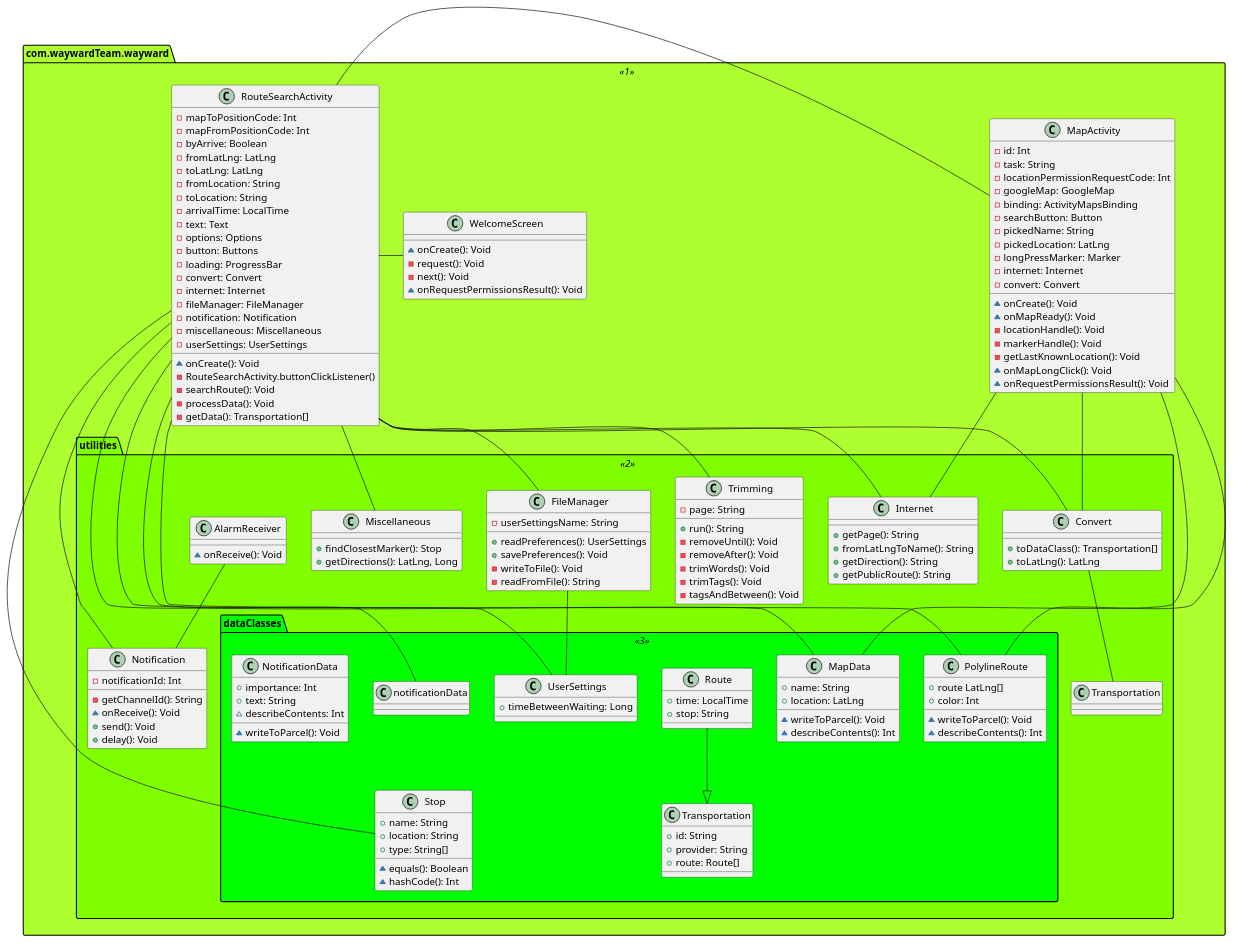
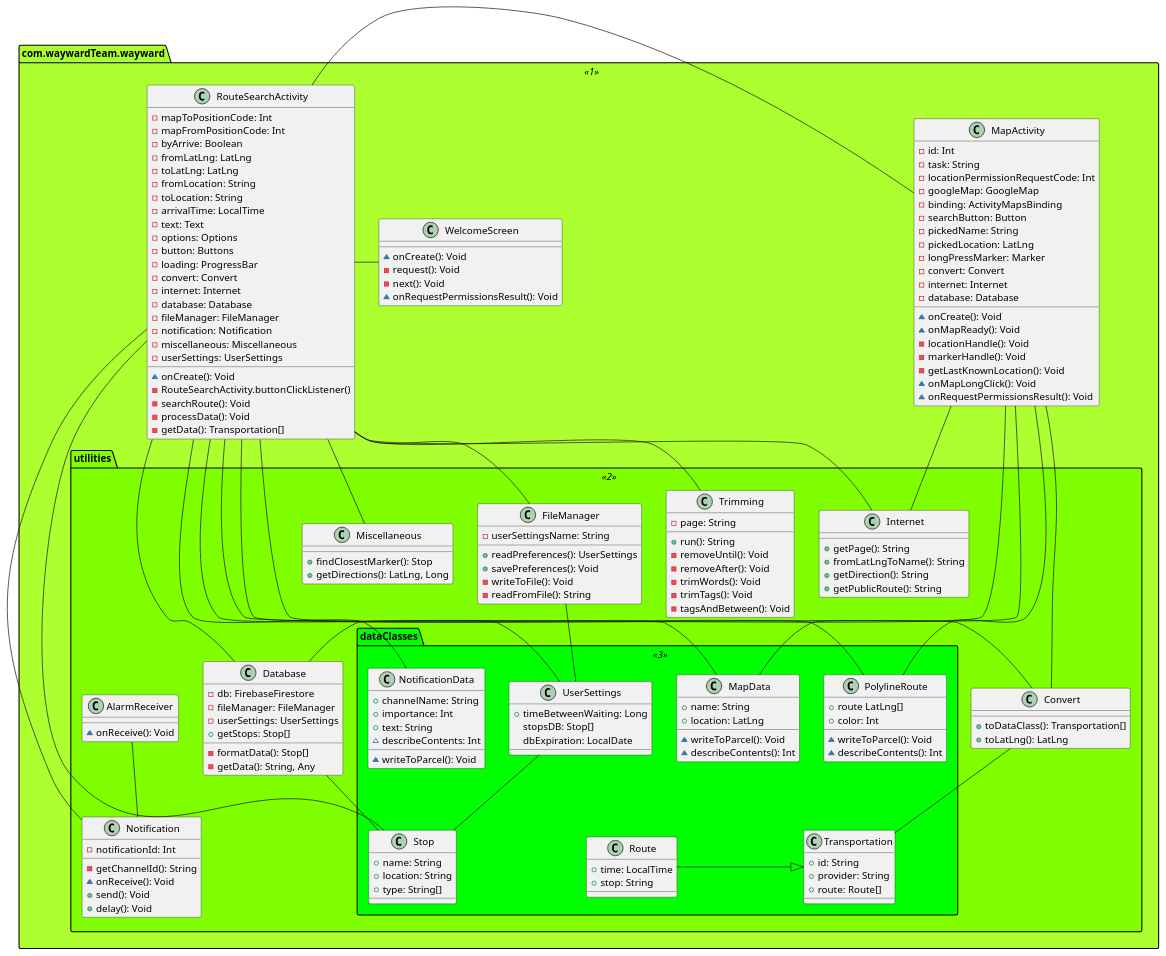
Before and after one commit to FoxThePrezident/WayThere: the diagram in assets/classDiagram.puml, drawn with PlantUML. The commit also changed 21 other files, not shown here.

```diff
--- a/assets/classDiagram.puml
+++ b/assets/classDiagram.puml
@@ -39,6 +39,7 @@
         -loading: ProgressBar
         -convert: Convert
         -internet: Internet
+        -database: Database
         -fileManager: FileManager
         -notification: Notification
         -miscellaneous: Miscellaneous
@@ -52,6 +53,7 @@
     }
     RouteSearchActivity -right- MapActivity
     RouteSearchActivity -- utilities.Convert
+    RouteSearchActivity -- utilities.Database
     RouteSearchActivity -- utilities.Internet
     RouteSearchActivity -- utilities.Trimming
     RouteSearchActivity -- utilities.FileManager
@@ -61,7 +63,7 @@
     RouteSearchActivity -- utilities.dataClasses.MapData
     RouteSearchActivity -- utilities.dataClasses.UserSettings
     RouteSearchActivity -- utilities.dataClasses.PolylineRoute
-    RouteSearchActivity -- utilities.dataClasses.notificationData
+    RouteSearchActivity -- utilities.dataClasses.NotificationData
 
     class MapActivity {
         -id: Int
@@ -73,8 +75,9 @@
         -pickedName: String
         -pickedLocation: LatLng
         -longPressMarker: Marker
+        -convert: Convert
         -internet: Internet
-        -convert: Convert
+        -database: Database
 
         ~onCreate(): Void
         ~onMapReady(): Void
@@ -85,6 +88,7 @@
         ~onRequestPermissionsResult(): Void
     }
     MapActivity -- utilities.Convert
+    MapActivity -- utilities.Database
     MapActivity -- utilities.Internet
     MapActivity -- utilities.dataClasses.MapData
     MapActivity -- utilities.dataClasses.PolylineRoute
@@ -94,15 +98,23 @@
             +toDataClass(): Transportation[]
             +toLatLng(): LatLng
         }
-        Convert -- Transportation
+        Convert -- dataClasses.Transportation
+
+        class Database {
+            -db: FirebaseFirestore
+            -fileManager: FileManager
+            -userSettings: UserSettings
+            +getStops: Stop[]
+            -formatData(): Stop[]
+            -getData(): String, Any
+        }
+        Database -- dataClasses.Stop
 
         package dataClasses <<3>> {
             class Stop {
                 +name: String
                 +location: String
                 +type: String[]
-                ~equals(): Boolean
-                ~hashCode(): Int
             }
             class Transportation {
                 +id: String
@@ -115,6 +127,8 @@
             }
             class UserSettings {
                 +timeBetweenWaiting: Long
+                stopsDB: Stop[]
+                dbExpiration: LocalDate
             }
             class MapData {
                 +name: String
@@ -129,13 +143,15 @@
                 ~describeContents(): Int
             }
             class NotificationData {
+                +channelName: String
                 +importance: Int
                 +text: String
                 ~writeToParcel(): Void
                 ~describeContents: Int
             }
-            Route --|> Transportation
-            UserSettings -[hidden]- Stop
+            Route -right-|> Transportation
+            UserSettings -[Hidden]- Route
+            UserSettings -- Stop
         }
 
         class FileManager {
@@ -158,6 +174,7 @@
             +findClosestMarker(): Stop
             +getDirections(): LatLng, Long
         }
+        Miscellaneous -[Hidden]- AlarmReceiver
 
         class Notification {
             -notificationId: Int
```
